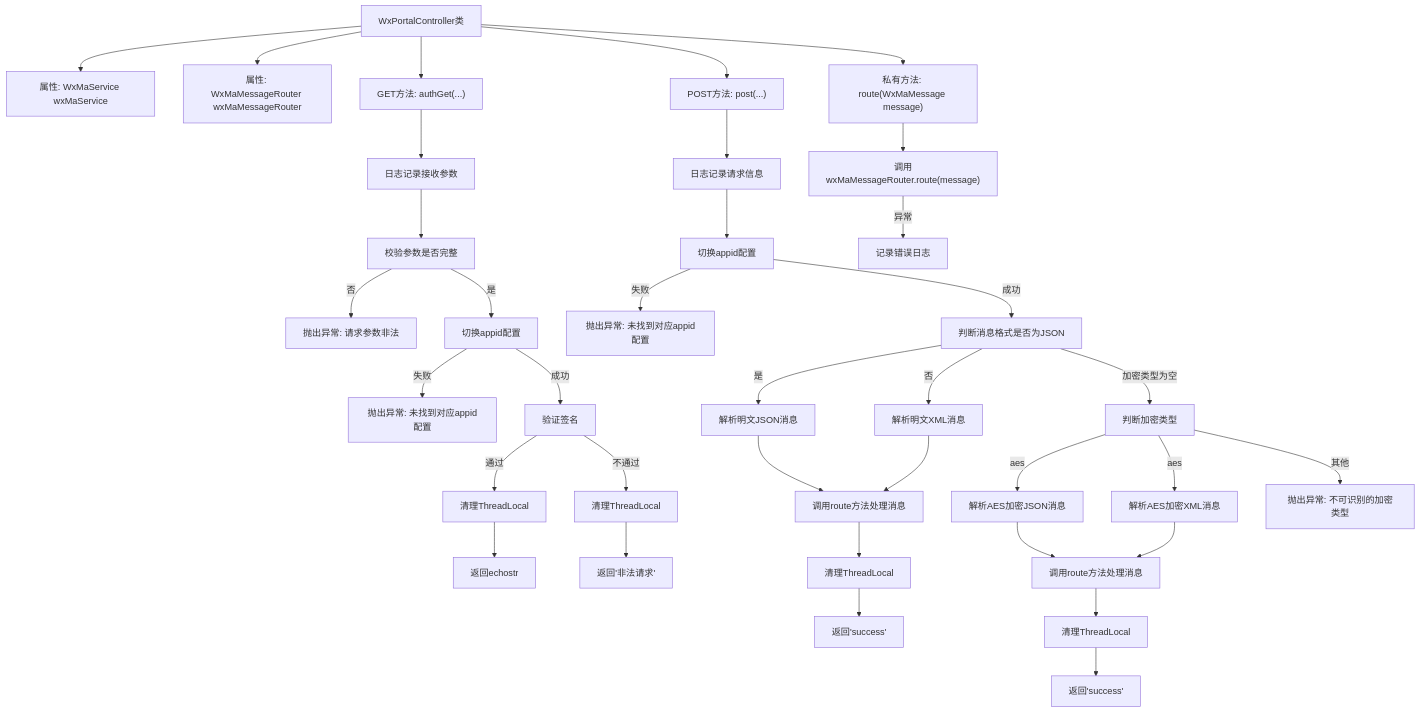
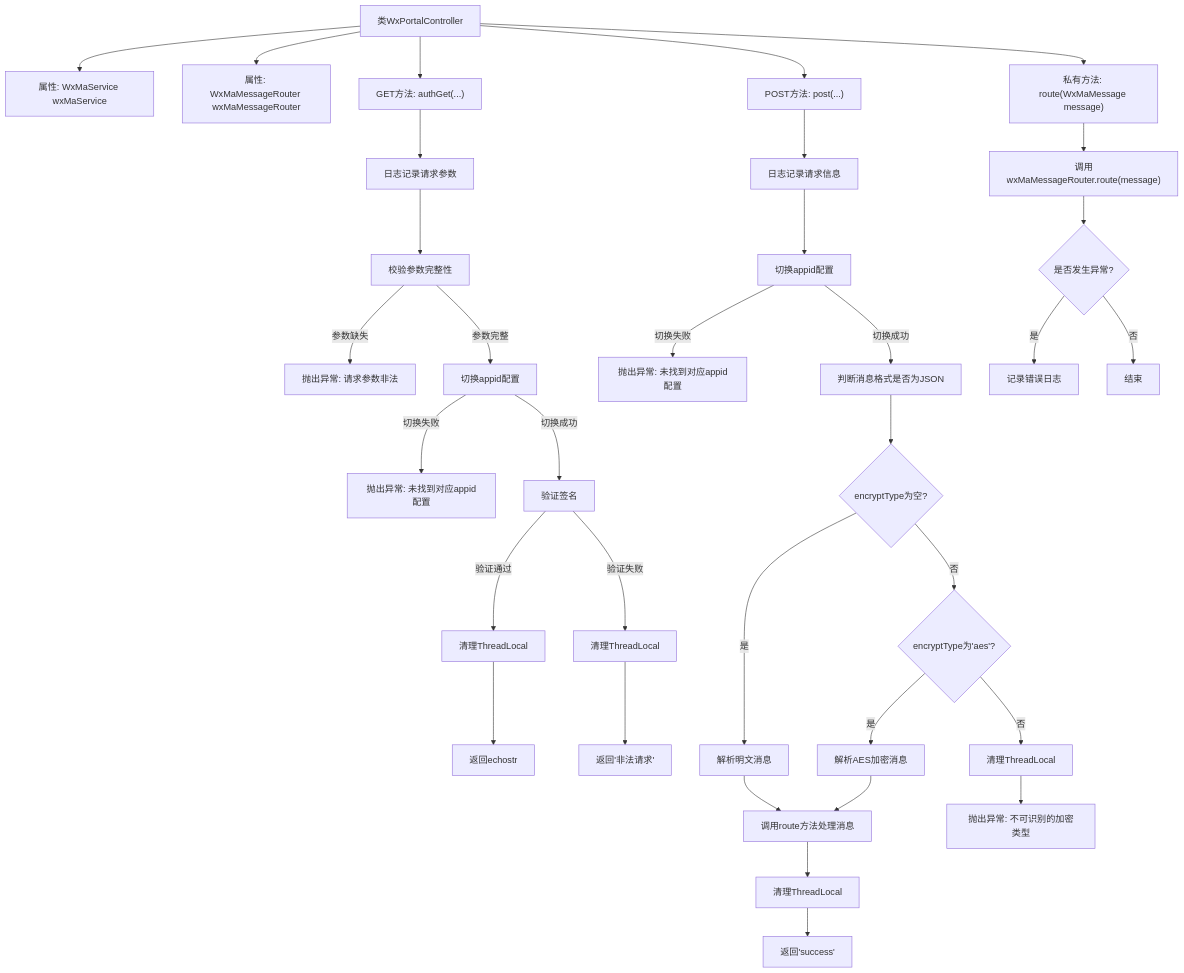
Before and after one commit to v-wjrong/binary_weixin-java-miniapp-demo: the second of 2 diagrams in docs/zh/docs/src/main/java/com/github/binarywang/demo/wx/miniapp/controller/WxPortalController.md, drawn with Mermaid. The commit also changed other lines of this file and 47 other files, not shown here.

````diff
--- a/docs/zh/docs/src/main/java/com/github/binarywang/demo/wx/miniapp/controller/WxPortalController.md
+++ b/docs/zh/docs/src/main/java/com/github/binarywang/demo/wx/miniapp/controller/WxPortalController.md
@@ -143,49 +94,46 @@
 ```mermaid
 graph TD
-    A["WxPortalController类"]
+    A["类WxPortalController"]
     B["属性: WxMaService wxMaService"]
     C["属性: WxMaMessageRouter wxMaMessageRouter"]
     D["GET方法: authGet(...)"]
     E["POST方法: post(...)"]
     F["私有方法: route(WxMaMessage message)"]
 
     A --> B
     A --> C
     A --> D
     A --> E
     A --> F
 
-    D --> G["日志记录接收参数"]
-    G --> H["校验参数是否完整"]
-    H --"否"--> I["抛出异常: 请求参数非法"]
-    H --"是"--> J["切换appid配置"]
-    J --"失败"--> K["抛出异常: 未找到对应appid配置"]
-    J --"成功"--> L["验证签名"]
-    L --"通过"--> M["清理ThreadLocal"]
-    M --> N["返回echostr"]
-    L --"不通过"--> O["清理ThreadLocal"]
-    O --> P["返回'非法请求'"]
+    D --> D1["日志记录请求参数"]
+    D1 --> D2["校验参数完整性"]
+    D2 --"参数缺失"--> D3["抛出异常: 请求参数非法"]
+    D2 --"参数完整"--> D4["切换appid配置"]
+    D4 --"切换失败"--> D5["抛出异常: 未找到对应appid配置"]
+    D4 --"切换成功"--> D6["验证签名"]
+    D6 --"验证通过"--> D7["清理ThreadLocal"]
+    D7 --> D8["返回echostr"]
+    D6 --"验证失败"--> D9["清理ThreadLocal"]
+    D9 --> D10["返回'非法请求'"]
 
-    E --> Q["日志记录请求信息"]
-    Q --> R["切换appid配置"]
-    R --"失败"--> S["抛出异常: 未找到对应appid配置"]
-    R --"成功"--> T["判断消息格式是否为JSON"]
-    T --"是"--> U["解析明文JSON消息"]
-    T --"否"--> V["解析明文XML消息"]
-    U --> W["调用route方法处理消息"]
-    V --> W
-    W --> X["清理ThreadLocal"]
-    X --> Y["返回'success'"]
+    E --> E1["日志记录请求信息"]
+    E1 --> E2["切换appid配置"]
+    E2 --"切换失败"--> E3["抛出异常: 未找到对应appid配置"]
+    E2 --"切换成功"--> E4["判断消息格式是否为JSON"]
+    E4 --> E5{"encryptType为空?"}
+    E5 --"是"--> E6["解析明文消息"]
+    E6 --> E7["调用route方法处理消息"]
+    E7 --> E8["清理ThreadLocal"]
+    E8 --> E9["返回'success'"]
+    E5 --"否"--> E10{"encryptType为'aes'?"}
+    E10 --"是"--> E11["解析AES加密消息"]
+    E11 --> E7
+    E10 --"否"--> E12["清理ThreadLocal"]
+    E12 --> E13["抛出异常: 不可识别的加密类型"]
 
-    T --"加密类型为空"--> Z["判断加密类型"]
-    Z --"aes"--> AA["解析AES加密JSON消息"]
-    Z --"aes"--> AB["解析AES加密XML消息"]
-    AA --> AC["调用route方法处理消息"]
-    AB --> AC
-    AC --> AD["清理ThreadLocal"]
-    AD --> AE["返回'success'"]
-    Z --"其他"--> AF["抛出异常: 不可识别的加密类型"]
-
-    F --> AG["调用wxMaMessageRouter.route(message)"]
-    AG --"异常"--> AH["记录错误日志"]
+    F --> F1["调用wxMaMessageRouter.route(message)"]
+    F1 --> F2{"是否发生异常?"}
+    F2 --"是"--> F3["记录错误日志"]
+    F2 --"否"--> F4["结束"]
 ```
````
